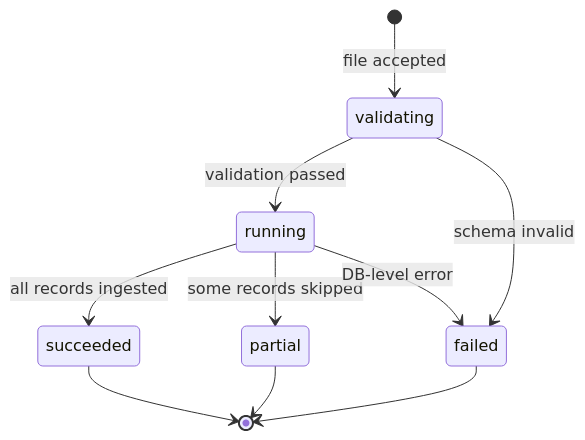
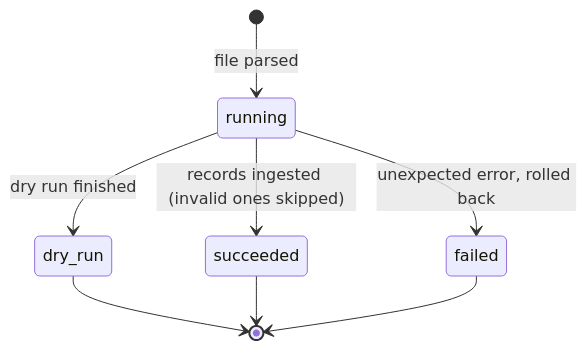
One commit to VisIVOLab/SKAVA changed the tenth of 10 diagrams in docs/architecture/data-flow.md. Above: the diagram before and after it, drawn with Mermaid. The commit also changed other lines of this file and 95 other files, not shown here.

````diff
--- a/docs/architecture/data-flow.md
+++ b/docs/architecture/data-flow.md
@@ -130,12 +181,10 @@
 ```{mermaid}
 stateDiagram-v2
-    [*] --> validating: file accepted
-    validating --> running: validation passed
-    validating --> failed: schema invalid
-    running --> succeeded: all records ingested
-    running --> partial: some records skipped
-    running --> failed: DB-level error
+    [*] --> running: file parsed
+    running --> dry_run: dry run finished
+    running --> succeeded: records ingested (invalid ones skipped)
+    running --> failed: unexpected error, rolled back
+    dry_run --> [*]
     succeeded --> [*]
-    partial --> [*]
     failed --> [*]
 ```
````
